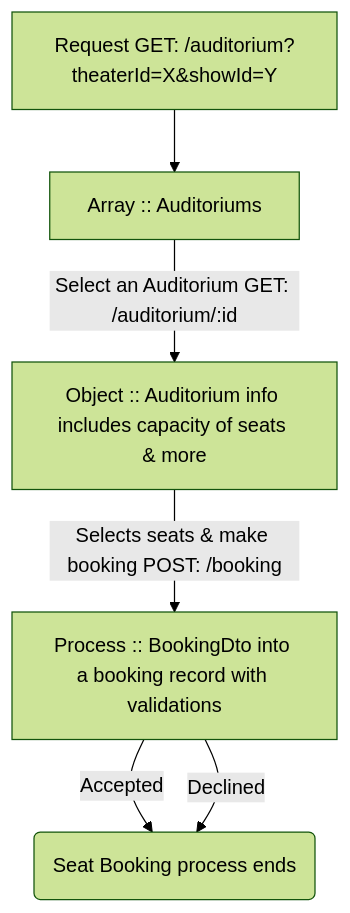
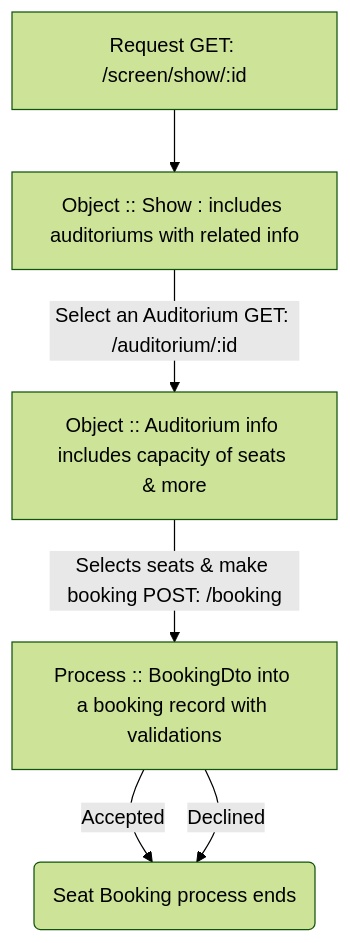
One commit to mahabubx7/cinebook changed the second of 2 diagrams in README.md. Above: the diagram before and after it, drawn with Mermaid (forest theme). The commit also changed 6 other files, not shown here.

Commit message:
unit(shows): query-show-n-pivot-info

````diff
--- a/README.md
+++ b/README.md
@@ -29,9 +29,9 @@
 ```mermaid
 flowchart TD
-A[Request GET: /auditorium?theaterId=X&showId=Y] --> B[Array :: Auditoriums];
+A[Request GET: /screen/show/:id] --> B[Object :: Show : includes auditoriums with related info];
 B -- Select an Auditorium GET: /auditorium/:id --> C[Object :: Auditorium info includes capacity of seats & more];
 C -- Selects seats & make booking POST: /booking  --> D[Process :: BookingDto into a booking record with validations];
 E(Seat Booking process ends);
 D --  Accepted  --> E;
 D --  Declined  --> E;
 ```
````
